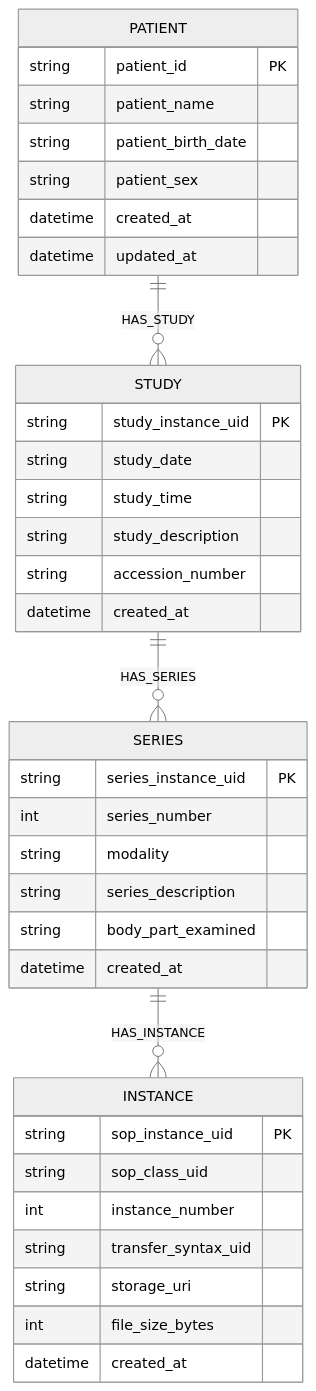
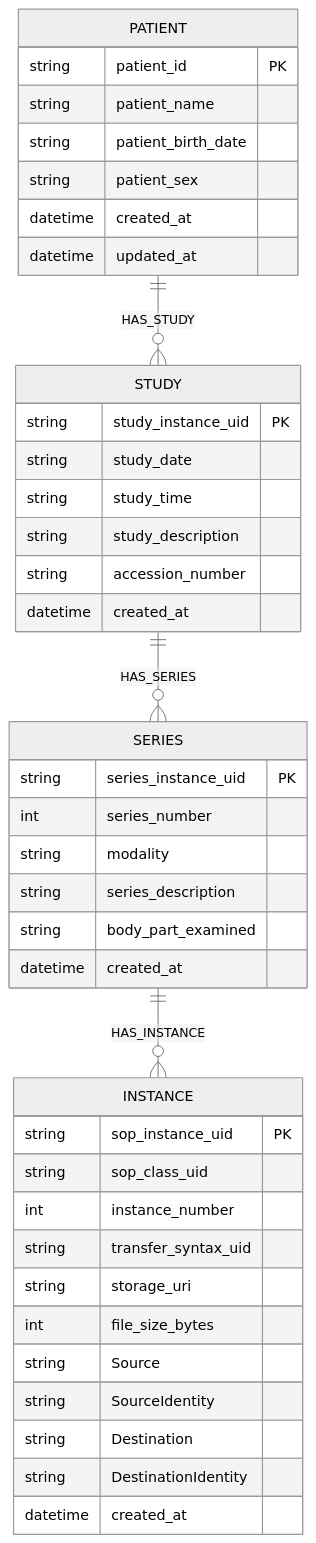
One commit to gosmart-health/gosmart-graphite changed the second of 2 diagrams in docs/design/gsgs_010_system_design_specification.md. Above: the diagram before and after it, drawn with Mermaid (neutral theme). The commit also changed 11 other files, not shown here.

Commit message:
feat(instance): record stream source and destination provenance at instance level

````diff
--- a/docs/design/gsgs_010_system_design_specification.md
+++ b/docs/design/gsgs_010_system_design_specification.md
@@ -135,40 +135,44 @@
 ```mermaid
 erDiagram
     PATIENT {
         string patient_id PK
         string patient_name
         string patient_birth_date
         string patient_sex
         datetime created_at
         datetime updated_at
     }
     STUDY {
         string study_instance_uid PK
         string study_date
         string study_time
         string study_description
         string accession_number
         datetime created_at
     }
     SERIES {
         string series_instance_uid PK
         int series_number
         string modality
         string series_description
         string body_part_examined
         datetime created_at
     }
     INSTANCE {
         string sop_instance_uid PK
         string sop_class_uid
         int instance_number
         string transfer_syntax_uid
         string storage_uri
         int file_size_bytes
+        string Source
+        string SourceIdentity
+        string Destination
+        string DestinationIdentity
         datetime created_at
     }
 
     PATIENT ||--o{ STUDY : HAS_STUDY
     STUDY ||--o{ SERIES : HAS_SERIES
     SERIES ||--o{ INSTANCE : HAS_INSTANCE
 ```
````
